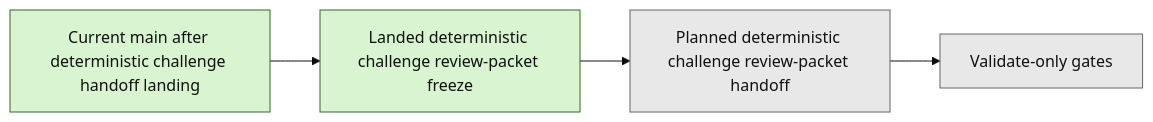
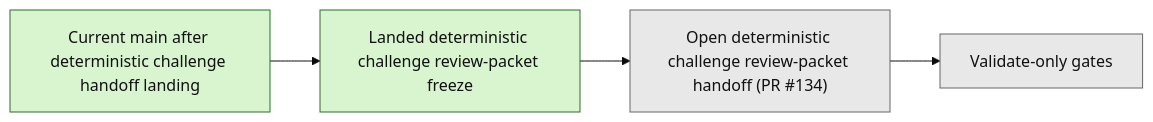
One commit to benjmcd/project6_REPO_MCP_FOLDER changed the second of 2 diagrams in next_milestone_plans/layer3_progress_board.md. Above: the diagram before and after it, drawn with Mermaid (base theme). The commit also changed other lines of this file and 8 other files, not shown here.

Commit message:
docs(layer3): sync review-packet handoff state

````diff
--- a/next_milestone_plans/layer3_progress_board.md
+++ b/next_milestone_plans/layer3_progress_board.md
@@ -164,15 +166,15 @@
 ```mermaid
 flowchart LR
     A["Current main after deterministic challenge handoff landing"] --> B["Landed deterministic challenge review-packet freeze"]
-    B --> C["Planned deterministic challenge review-packet handoff"]
+    B --> C["Open deterministic challenge review-packet handoff (PR #134)"]
     C --> D["Validate-only gates"]
 
     classDef done fill:#d8f5d0,stroke:#2f6b2f,color:#111;
-    classDef planned fill:#fff1bf,stroke:#9a6b00,color:#111;
+    classDef open fill:#ffd8a8,stroke:#a85f00,color:#111;
     classDef future fill:#e8e8e8,stroke:#666,color:#111;
 
     class A done;
     class B done;
-    class C planned;
+    class C open;
     class C,D future;
 ```
````
